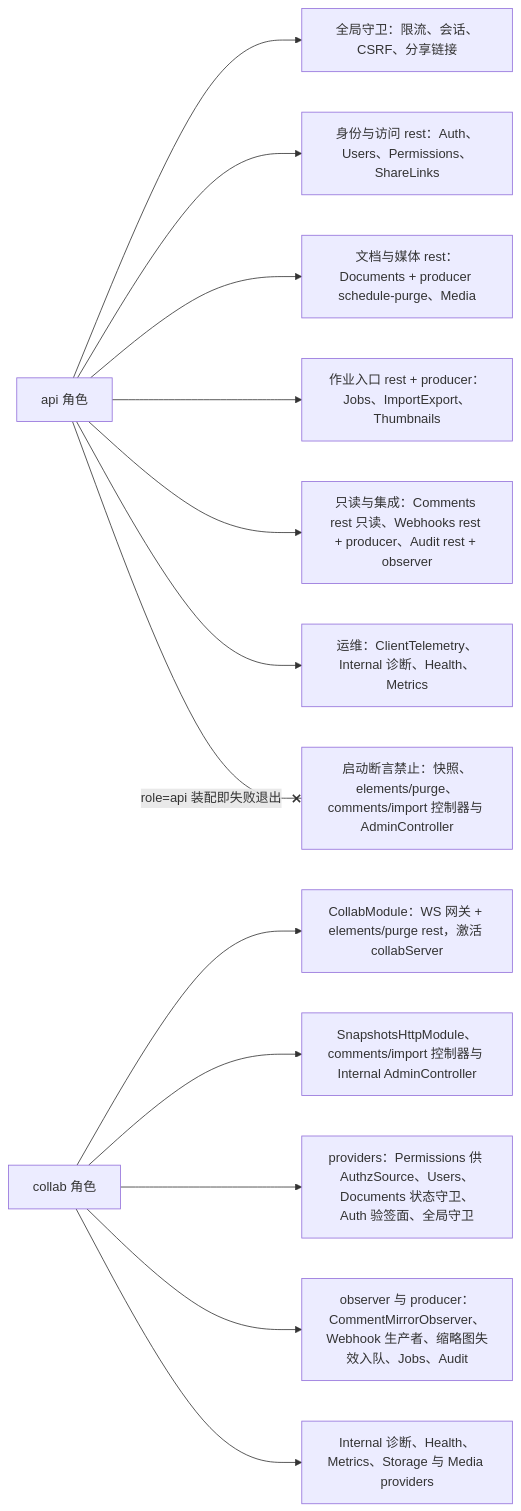
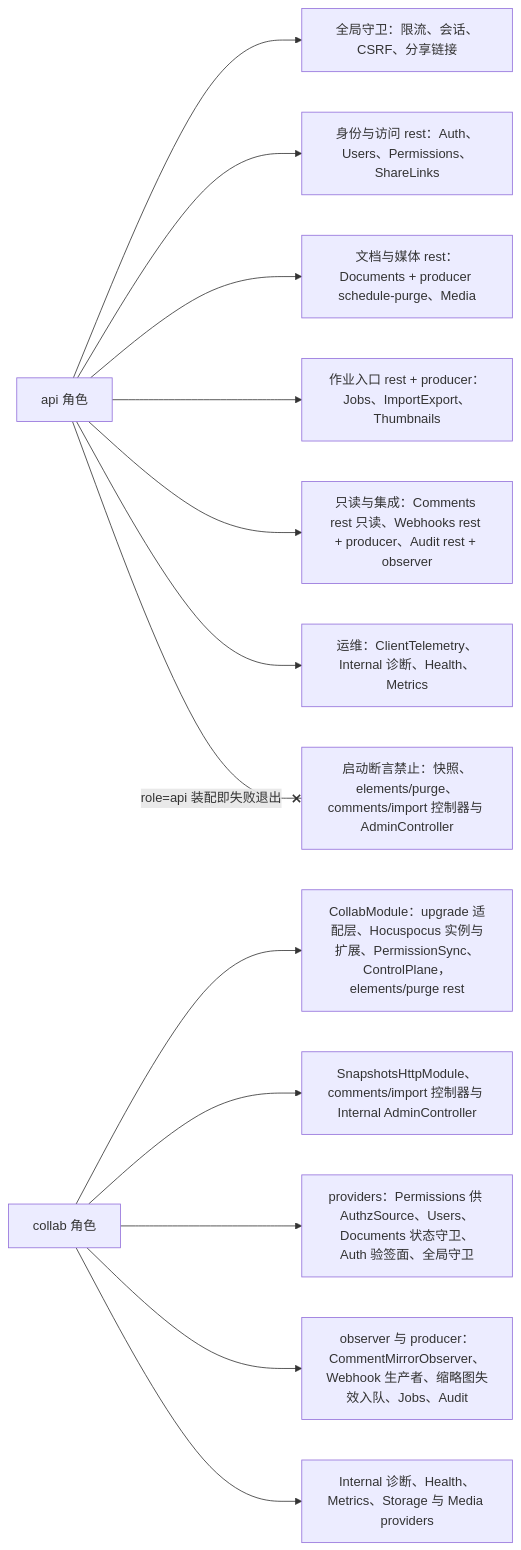
Before and after one commit to Xeonice/cordis-ppt-editor: the ninth of 15 diagrams in docs/60-backend/01-service-overview-and-roles.md, drawn with Mermaid. The commit also changed other lines of this file and 19 other files, not shown here.

````diff
--- a/docs/60-backend/01-service-overview-and-roles.md
+++ b/docs/60-backend/01-service-overview-and-roles.md
@@ -195,22 +528,22 @@
 ```mermaid
 flowchart LR
   api["api 角色"]
   collab["collab 角色"]
   aGuard["全局守卫：限流、会话、CSRF、分享链接"]
   aIdent["身份与访问 rest：Auth、Users、Permissions、ShareLinks"]
   aDoc["文档与媒体 rest：Documents + producer schedule-purge、Media"]
   aJobs["作业入口 rest + producer：Jobs、ImportExport、Thumbnails"]
   aRead["只读与集成：Comments rest 只读、Webhooks rest + producer、Audit rest + observer"]
   aOps["运维：ClientTelemetry、Internal 诊断、Health、Metrics"]
-  cWs["CollabModule：WS 网关 + elements/purge rest，激活 collabServer"]
+  cWs["CollabModule：upgrade 适配层、Hocuspocus 实例与扩展、PermissionSync、ControlPlane，elements/purge rest"]
   cSnap["SnapshotsHttpModule、comments/import 控制器与 Internal AdminController"]
   cAuthz["providers：Permissions 供 AuthzSource、Users、Documents 状态守卫、Auth 验签面、全局守卫"]
   cObs["observer 与 producer：CommentMirrorObserver、Webhook 生产者、缩略图失效入队、Jobs、Audit"]
   cOps["Internal 诊断、Health、Metrics、Storage 与 Media providers"]
   deny["启动断言禁止：快照、elements/purge、comments/import 控制器与 AdminController"]
   api --> aGuard & aIdent & aDoc
   api --> aJobs & aRead & aOps
   collab --> cWs & cSnap & cAuthz
   collab --> cObs & cOps
   api -- "role=api 装配即失败退出" --x deny
 ```
````
